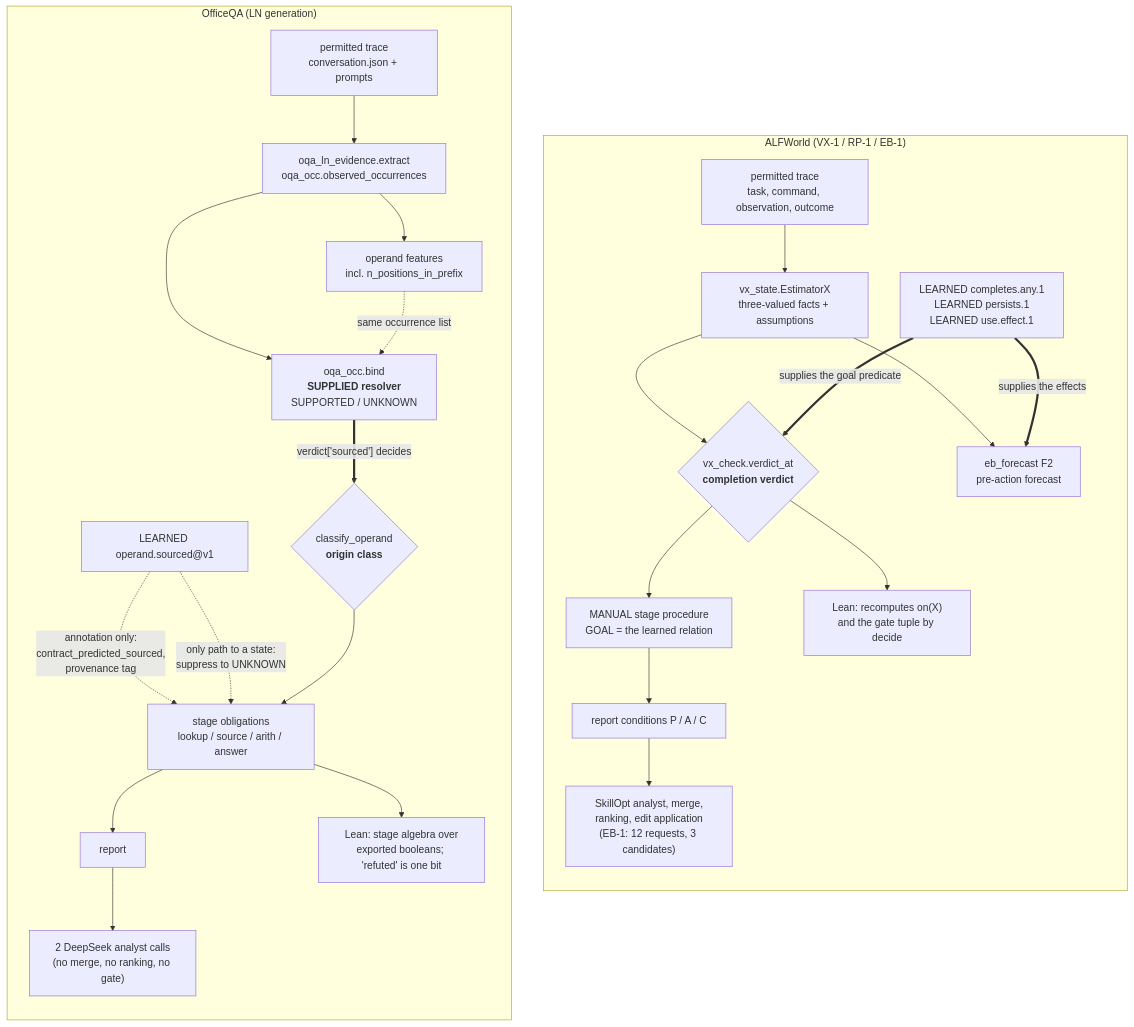
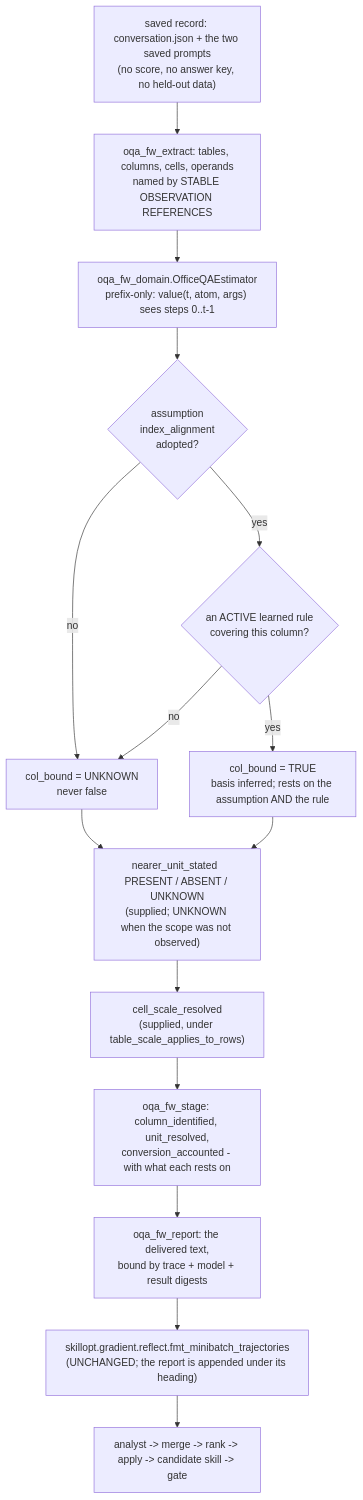
One commit to JiaMing991203/SkillOpt changed the diagram in docs/research/HANDOFF_LATEST.md. Above: the diagram before and after it, drawn with Mermaid. The commit also changed other lines of this file and 6 other files, not shown here.

````diff
--- a/docs/research/HANDOFF_LATEST.md
+++ b/docs/research/HANDOFF_LATEST.md
@@ -308,30 +188,25 @@
 ```mermaid
-flowchart TB
-  subgraph AL["ALFWorld (VX-1 / RP-1 / EB-1)"]
-    direction TB
-    A1["permitted trace<br/>task, command, observation, outcome"] --> A2["vx_state.EstimatorX<br/>three-valued facts + assumptions"]
-    A2 --> A3{"vx_check.verdict_at<br/><b>completion verdict</b>"}
-    A4["LEARNED completes.any.1<br/>LEARNED persists.1<br/>LEARNED use.effect.1"] ==>|"supplies the goal predicate"| A3
-    A2 --> A5["eb_forecast F2<br/>pre-action forecast"]
-    A4 ==>|"supplies the effects"| A5
-    A3 --> A6["MANUAL stage procedure<br/>GOAL = the learned relation"]
-    A6 --> A7["report conditions P / A / C"]
-    A7 --> A8["SkillOpt analyst, merge,<br/>ranking, edit application<br/>(EB-1: 12 requests, 3 candidates)"]
-    A3 --> A9["Lean: recomputes on(X)<br/>and the gate tuple by decide"]
-  end
+flowchart TD
+  OBS["saved record: conversation.json + the two saved prompts<br/>(no score, no answer key, no held-out data)"]
+  EX["oqa_fw_extract: tables, columns, cells, operands<br/>named by STABLE OBSERVATION REFERENCES"]
+  EST["oqa_fw_domain.OfficeQAEstimator<br/>prefix-only: value(t, atom, args) sees steps 0..t-1"]
+  ASSUM{"assumption<br/>index_alignment<br/>adopted?"}
+  RULE{"an ACTIVE learned rule<br/>covering this column?"}
+  LIC["col_bound = TRUE<br/>basis inferred; rests on the assumption AND the rule"]
+  UNK["col_bound = UNKNOWN<br/>never false"]
+  NEAR["nearer_unit_stated  PRESENT / ABSENT / UNKNOWN<br/>(supplied; UNKNOWN when the scope was not observed)"]
+  SCALE["cell_scale_resolved<br/>(supplied, under table_scale_applies_to_rows)"]
+  OB["oqa_fw_stage: column_identified, unit_resolved,<br/>conversion_accounted - with what each rests on"]
+  REP["oqa_fw_report: the delivered text,<br/>bound by trace + model + result digests"]
+  AN["skillopt.gradient.reflect.fmt_minibatch_trajectories<br/>(UNCHANGED; the report is appended under its heading)"]
+  OPT["analyst -> merge -> rank -> apply -> candidate skill -> gate"]
 
-  subgraph OQ["OfficeQA (LN generation)"]
-    direction TB
-    B1["permitted trace<br/>conversation.json + prompts"] --> B2["oqa_ln_evidence.extract<br/>oqa_occ.observed_occurrences"]
-    B2 --> B3["oqa_occ.bind<br/><b>SUPPLIED resolver</b><br/>SUPPORTED / UNKNOWN"]
-    B2 --> B4["operand features<br/>incl. n_positions_in_prefix"]
-    B4 -.->|"same occurrence list"| B3
-    B3 ==>|"verdict['sourced'] decides"| B5{"classify_operand<br/><b>origin class</b>"}
-    B6["LEARNED operand.sourced@v1"] -.->|"annotation only:<br/>contract_predicted_sourced,<br/>provenance tag"| B7
-    B6 -.->|"only path to a state:<br/>suppress to UNKNOWN"| B7
-    B5 --> B7["stage obligations<br/>lookup / source / arith / answer"]
-    B7 --> B8["report"]
-    B8 --> B9["2 DeepSeek analyst calls<br/>(no merge, no ranking, no gate)"]
-    B7 --> B10["Lean: stage algebra over<br/>exported booleans; 'refuted' is one bit"]
-  end
+  OBS --> EX --> EST --> ASSUM
+  ASSUM -- no --> UNK
+  ASSUM -- yes --> RULE
+  RULE -- no --> UNK
+  RULE -- yes --> LIC
+  LIC --> NEAR
+  UNK --> NEAR
+  NEAR --> SCALE --> OB --> REP --> AN --> OPT
 ```
````
